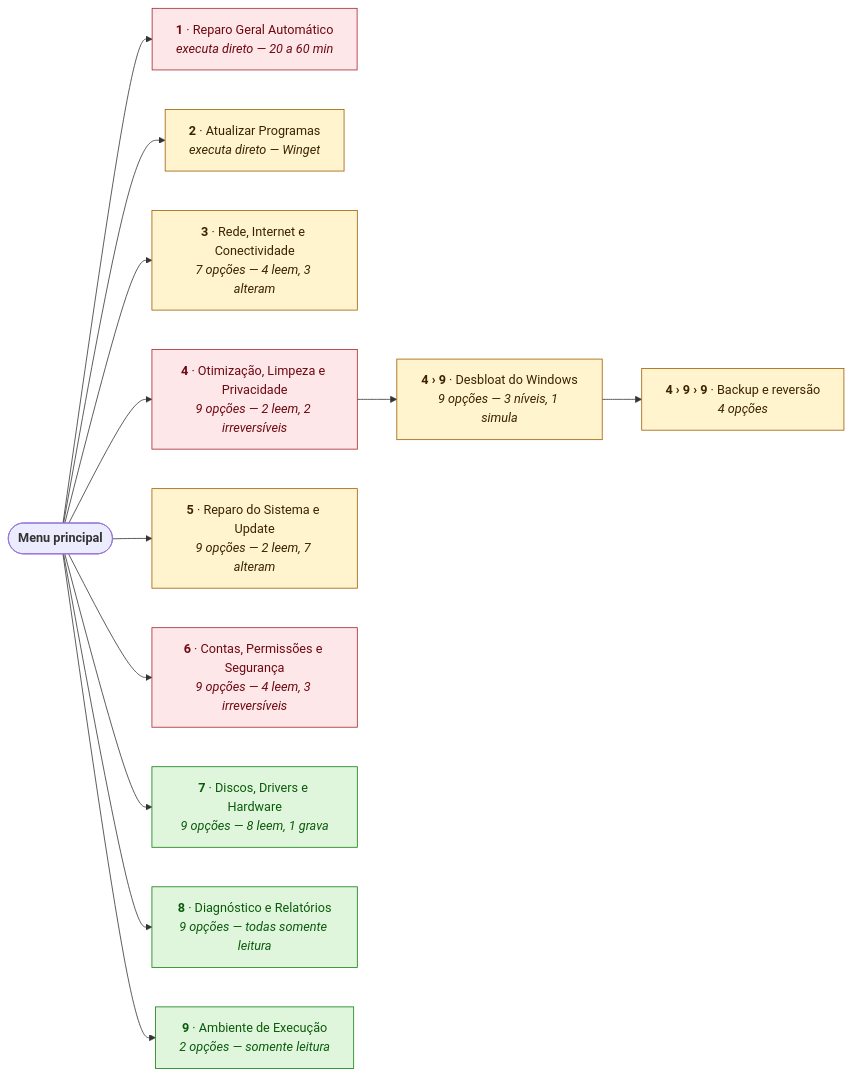
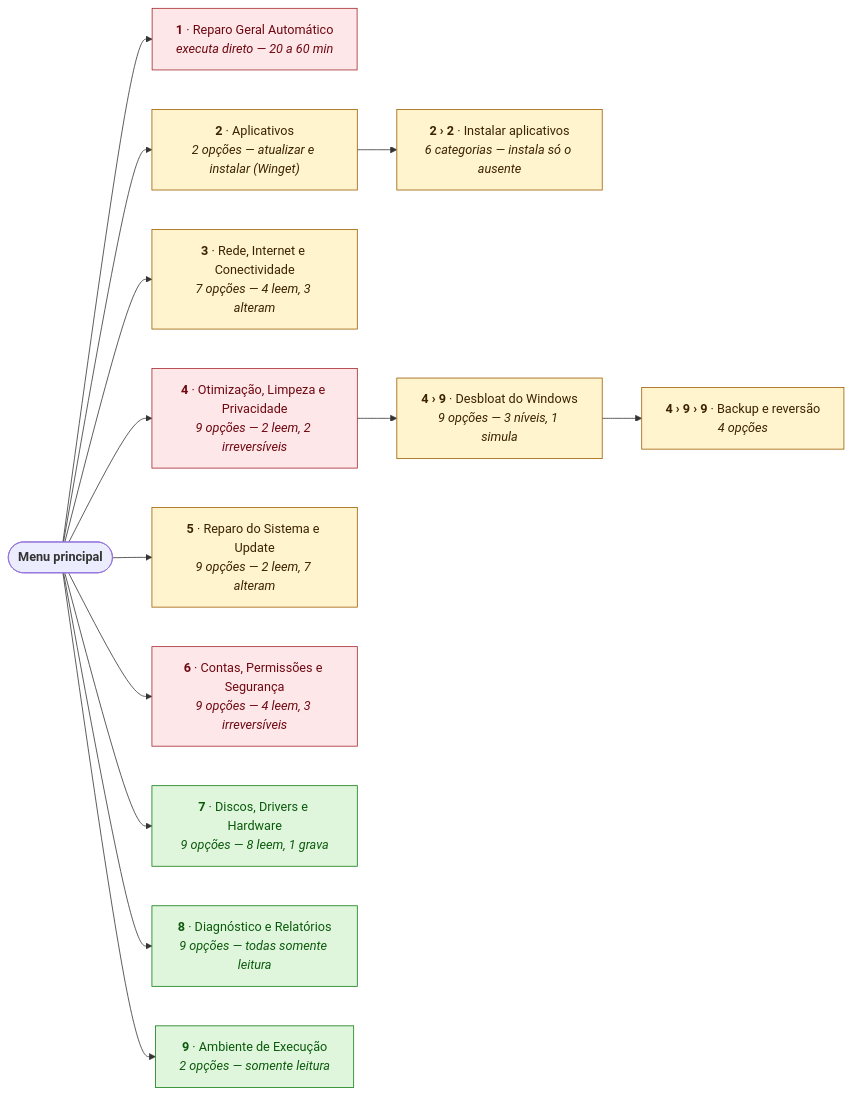
Before and after one commit to edsilas/COMPARTDISK: the second of 3 diagrams in README.md, drawn with Mermaid. The commit also changed other lines of this file and 43 other files, not shown here.

````diff
--- a/README.md
+++ b/README.md
@@ -327,25 +335,27 @@
 ```mermaid
 flowchart LR
     MP(["<b>Menu principal</b>"])
 
     MP --> M1["<b>1</b> · Reparo Geral Automático<br/><i>executa direto — 20 a 60 min</i>"]
-    MP --> M2["<b>2</b> · Atualizar Programas<br/><i>executa direto — Winget</i>"]
+    MP --> M2["<b>2</b> · Aplicativos<br/><i>2 opções — atualizar e instalar (Winget)</i>"]
     MP --> M3["<b>3</b> · Rede, Internet e Conectividade<br/><i>7 opções — 4 leem, 3 alteram</i>"]
     MP --> M4["<b>4</b> · Otimização, Limpeza e Privacidade<br/><i>9 opções — 2 leem, 2 irreversíveis</i>"]
     MP --> M5["<b>5</b> · Reparo do Sistema e Update<br/><i>9 opções — 2 leem, 7 alteram</i>"]
     MP --> M6["<b>6</b> · Contas, Permissões e Segurança<br/><i>9 opções — 4 leem, 3 irreversíveis</i>"]
     MP --> M7["<b>7</b> · Discos, Drivers e Hardware<br/><i>9 opções — 8 leem, 1 grava</i>"]
     MP --> M8["<b>8</b> · Diagnóstico e Relatórios<br/><i>9 opções — todas somente leitura</i>"]
     MP --> M9["<b>9</b> · Ambiente de Execução<br/><i>2 opções — somente leitura</i>"]
 
+    M2 --> AP["<b>2 › 2</b> · Instalar aplicativos<br/><i>6 categorias — instala só o ausente</i>"]
+
     M4 --> DB["<b>4 › 9</b> · Desbloat do Windows<br/><i>9 opções — 3 níveis, 1 simula</i>"]
     DB --> BK["<b>4 › 9 › 9</b> · Backup e reversão<br/><i>4 opções</i>"]
 
     classDef leitura fill:#DFF6DD,stroke:#107C10,color:#0B5A0B
     classDef altera fill:#FFF4CE,stroke:#9D5D00,color:#3B2300
     classDef critico fill:#FDE7E9,stroke:#A4262C,color:#6E0811
     class M8,M9 leitura
-    class M2,M3,M5,DB,BK altera
+    class M2,M3,M5,AP,DB,BK altera
     class M1,M4,M6 critico
     class M7 leitura
 ```
````
